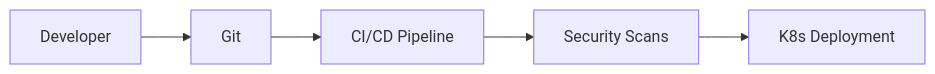
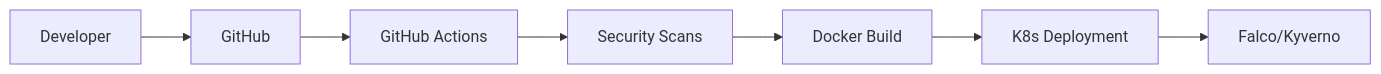
Before and after one commit to Denisgithubss/devops_playground: the diagram in README.md, drawn with Mermaid. The commit also changed other lines of this file and 8 other files, not shown here.

````diff
--- a/README.md
+++ b/README.md
@@ -9,7 +9,9 @@
 ```mermaid
 graph LR
-    Dev[Developer] --> Git[Git]
-    Git --> CI[CI/CD Pipeline]
+    Dev[Developer] --> Git[GitHub]
+    Git --> CI[GitHub Actions]
     CI --> Security[Security Scans]
-    Security --> Deploy[K8s Deployment]
+    Security --> Build[Docker Build]
+    Build --> Deploy[K8s Deployment]
+    Deploy --> Runtime[Falco/Kyverno]
 ```
````
